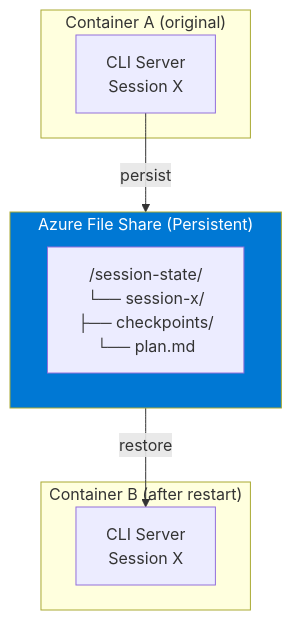
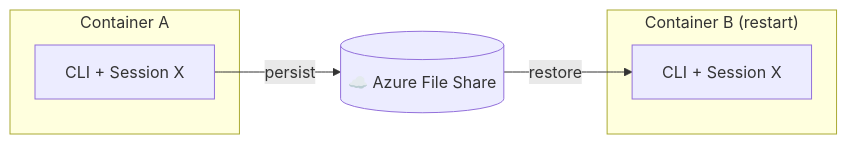
Before and after one commit to javiormeow/copilot-sdk: the sixth of 6 diagrams in docs/guides/session-persistence.md, drawn with Mermaid. The commit also changed other lines of this file, not shown here.

First line of the commit message:
Improve Mermaid diagrams: horizontal layout, cleaner colors

````diff
--- a/docs/guides/session-persistence.md
+++ b/docs/guides/session-persistence.md
@@ -460,19 +402,13 @@
 ```mermaid
-flowchart TB
-    subgraph ContainerA["Container A (original)"]
-        CLI1[CLI Server<br/>Session X]
+flowchart LR
+    subgraph Before["Container A"]
+        CLI1[CLI + Session X]
     end
     
-    subgraph ContainerB["Container B (after restart)"]
-        CLI2[CLI Server<br/>Session X]
+    CLI1 --> |persist| Azure[(☁️ Azure File Share)]
+    Azure --> |restore| CLI2
+    
+    subgraph After["Container B (restart)"]
+        CLI2[CLI + Session X]
     end
-    
-    subgraph Azure["Azure File Share (Persistent)"]
-        FS["/session-state/<br/>└── session-x/<br/>    ├── checkpoints/<br/>    └── plan.md"]
-    end
-    
-    CLI1 --> |"persist"| Azure
-    Azure --> |"restore"| CLI2
-    
-    style Azure fill:#0078D4,color:#fff
 ```
````
